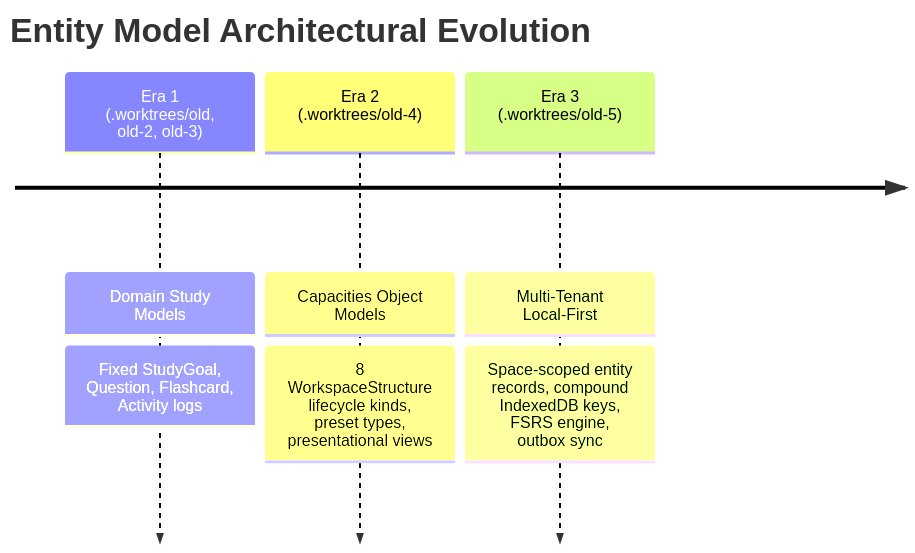
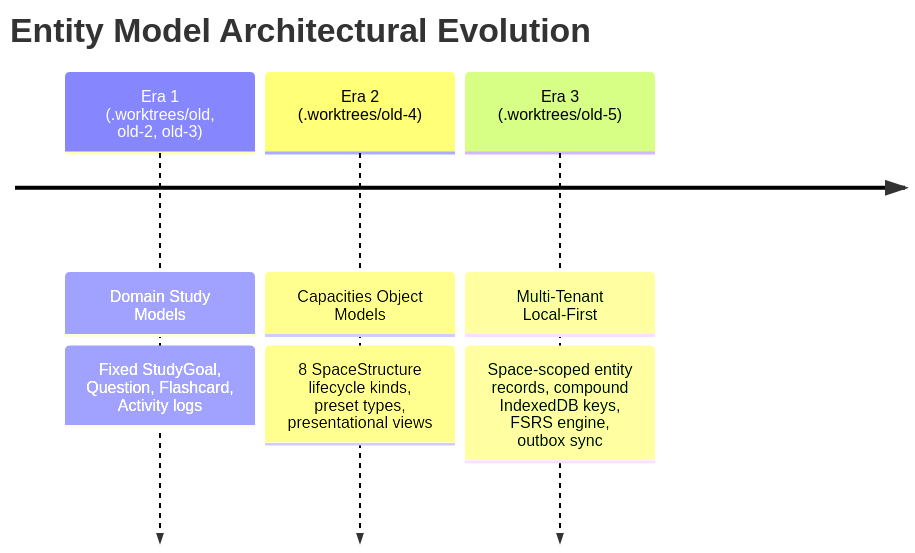
Before and after one commit to ianmaciel7/notes-app: the sixth of 7 diagrams in docs/architecture/entities.md, drawn with Mermaid. The commit also changed other lines of this file and 60 other files, not shown here.

Commit message:
feat: add object-specific split button components, UI primitives, and architectural documentation

````diff
--- a/docs/architecture/entities.md
+++ b/docs/architecture/entities.md
@@ -705,7 +705,7 @@
 ```mermaid
 timeline
     title Entity Model Architectural Evolution
     Era 1 (.worktrees/old, old-2, old-3) : Domain Study Models : Fixed StudyGoal, Question, Flashcard, Activity logs
-    Era 2 (.worktrees/old-4) : Capacities Object Models : 8 WorkspaceStructure lifecycle kinds, preset types, presentational views
+    Era 2 (.worktrees/old-4) : Capacities Object Models : 8 SpaceStructure lifecycle kinds, preset types, presentational views
     Era 3 (.worktrees/old-5) : Multi-Tenant Local-First : Space-scoped entity records, compound IndexedDB keys, FSRS engine, outbox sync
 ```
````
